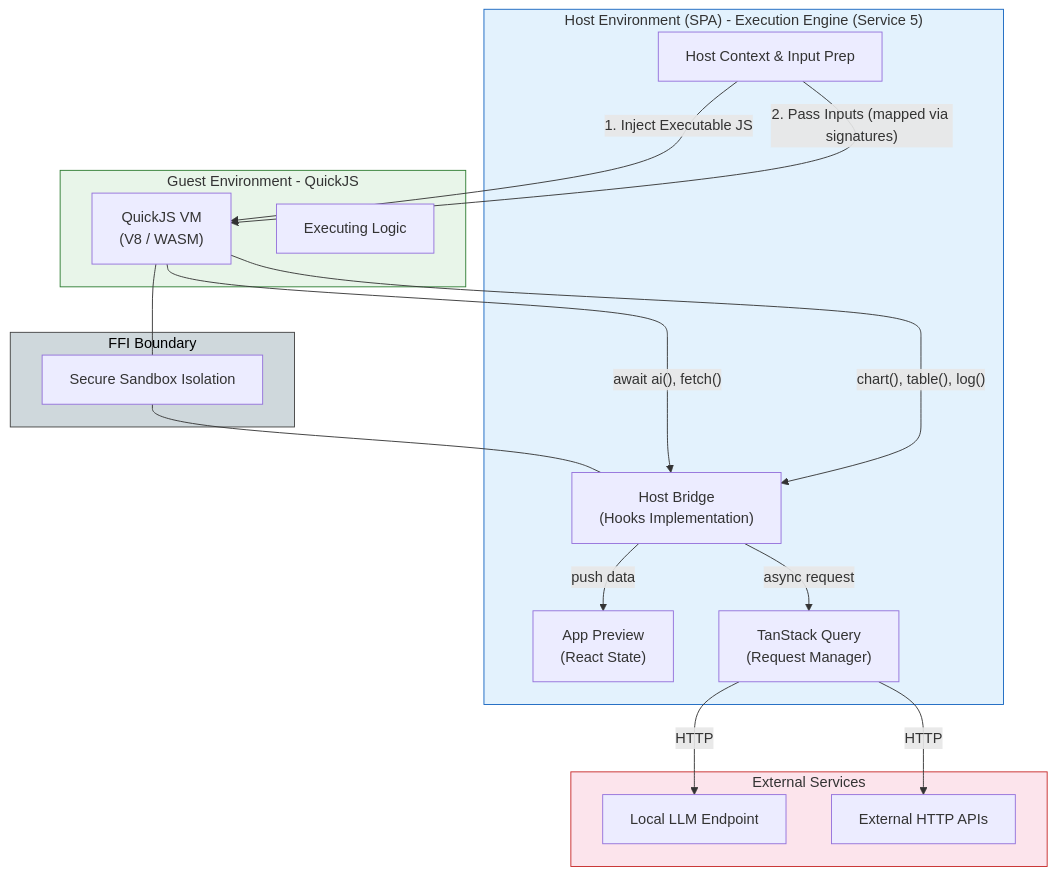
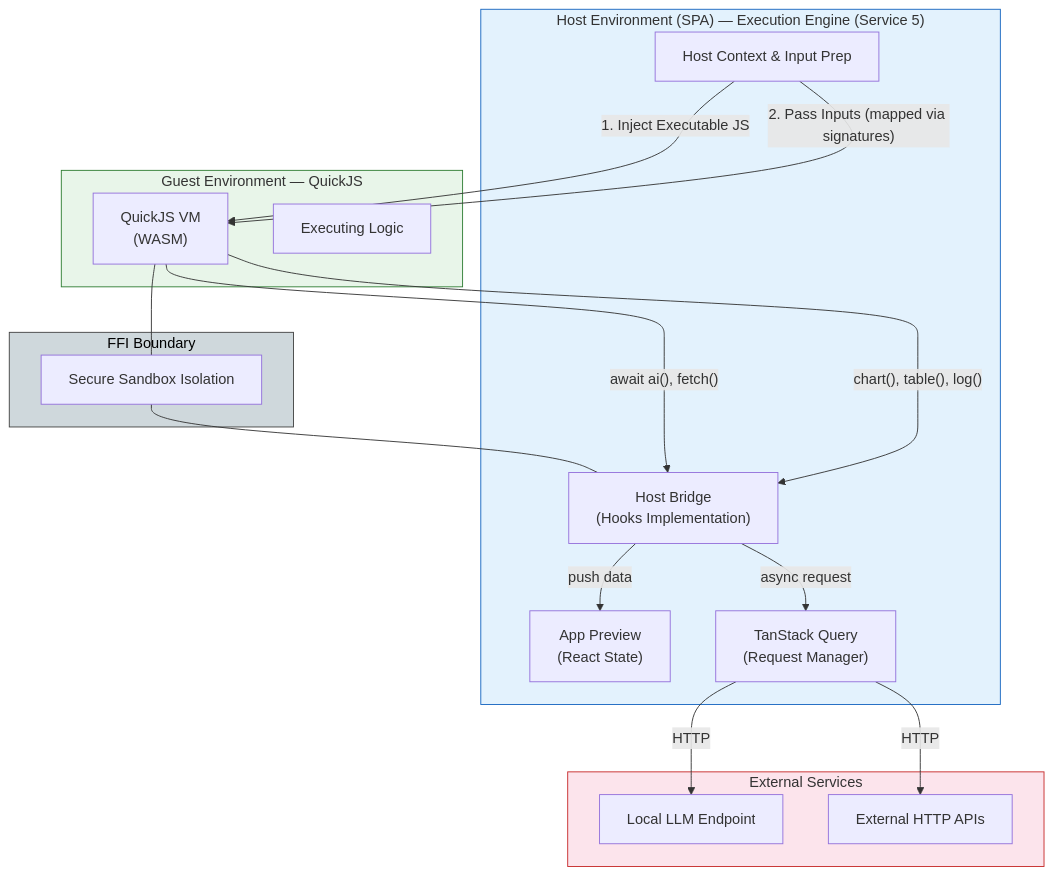
The first of 2 diagrams in docs/05-EXECUTION-ENGINE.md (rimvydasb/open-modeler-ts), drawn with Mermaid before and after one commit. The commit also changed other lines of this file and 7 other files, not shown here.

Commit message:
refactor architecture documentation: update service names, enhance structure, and clarify service definitions

````diff
--- a/docs/05-EXECUTION-ENGINE.md
+++ b/docs/05-EXECUTION-ENGINE.md
@@ -7,43 +30,43 @@
 ```mermaid
 graph TB
-    subgraph HostEnvironment["Host Environment (SPA) - Execution Engine (Service 5)"]
+    subgraph HostEnvironment["Host Environment (SPA) — Execution Engine (Service 5)"]
         ENG["Host Context & Input Prep"]
         HOOKS["Host Bridge<br/>(Hooks Implementation)"]
         AP["App Preview<br/>(React State)"]
         TSQ["TanStack Query<br/>(Request Manager)"]
     end
 
     subgraph SecurityBoundary["FFI Boundary"]
         FFI["Secure Sandbox Isolation"]
     end
 
-    subgraph GuestEnvironment["Guest Environment - QuickJS"]
-        QJS["QuickJS VM<br/>(V8 / WASM)"]
+    subgraph GuestEnvironment["Guest Environment — QuickJS"]
+        QJS["QuickJS VM<br/>(WASM)"]
         EXEC["Executing Logic"]
     end
 
     subgraph ExternalServices["External Services"]
         LLM["Local LLM Endpoint"]
         API["External HTTP APIs"]
     end
 
     ENG -- " 1. Inject Executable JS " --> QJS
     ENG -- " 2. Pass Inputs (mapped via signatures) " --> QJS
-    
+
     QJS --- FFI
     FFI --- HOOKS
 
     QJS -- " await ai(), fetch() " --> HOOKS
     QJS -- " chart(), table(), log() " --> HOOKS
 
     HOOKS -- " push data " --> AP
     HOOKS -- " async request " --> TSQ
-    
+
     TSQ -- " HTTP " --> LLM
     TSQ -- " HTTP " --> API
 
     style HostEnvironment fill: #e3f2fd, stroke: #1565c0
     style GuestEnvironment fill: #e8f5e9, stroke: #2e7d32
     style SecurityBoundary fill: #cfd8dc, stroke: #424242, color: #000
     style ExternalServices fill: #fce4ec, stroke: #c62828
 ```
````
